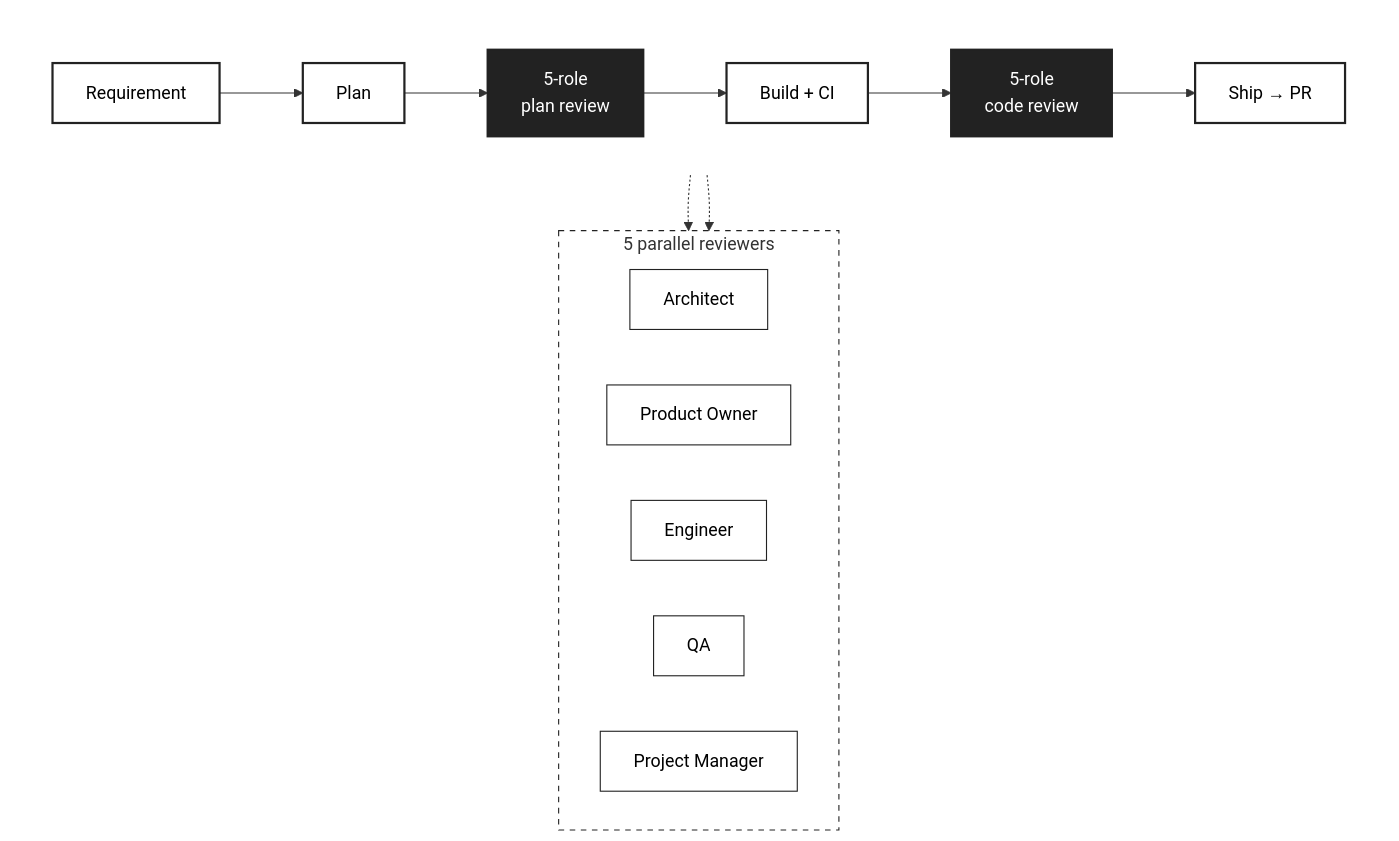
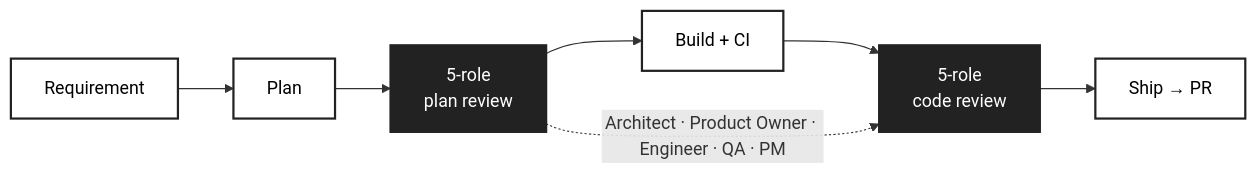
Before and after one commit to arthaszeng/harness-flow: the second of 3 diagrams in README.md, drawn with Mermaid. The commit also changed 1 other file, not shown here.

Commit message:
docs(readme): flatten flow diagram — remove subgraph nesting, use inline role labels (#93)
Replace tall TB+subgraph layout with pure LR flowchart. The 5 reviewer
roles are now shown as an inline label on the dotted arc between
plan-review and code-review, eliminating the separate reviewer subgraph
that doubled the diagram height.

Made-with: Cursor

````diff
--- a/README.md
+++ b/README.md
@@ -93,37 +93,17 @@
 ```mermaid
-flowchart TB
-  subgraph pipeline [" "]
-    direction LR
-    Req["Requirement"] --> Plan["Plan"]
-    Plan --> PlanReview["5-role\nplan review"]
-    PlanReview --> Build["Build + CI"]
-    Build --> CodeReview["5-role\ncode review"]
-    CodeReview --> Ship["Ship → PR"]
-  end
+flowchart LR
+  Req["Requirement"] --> Plan["Plan"]
+  Plan --> PlanReview["5-role\nplan review"]
+  PlanReview --> Build["Build + CI"]
+  Build --> CodeReview["5-role\ncode review"]
+  CodeReview --> Ship["Ship → PR"]
 
-  subgraph reviewers ["5 parallel reviewers"]
-    direction LR
-    A["Architect"]
-    PO["Product Owner"]
-    Eng["Engineer"]
-    Q["QA"]
-    PM["Project Manager"]
-  end
+  PlanReview -.->|"Architect · Product Owner · Engineer · QA · PM"| CodeReview
 
-  PlanReview -.-> reviewers
-  CodeReview -.-> reviewers
-
-  style pipeline fill:none,stroke:none
   style Req fill:#fff,stroke:#222,stroke-width:2px,color:#000
   style Plan fill:#fff,stroke:#222,stroke-width:2px,color:#000
   style PlanReview fill:#222,stroke:#222,stroke-width:2px,color:#fff
   style Build fill:#fff,stroke:#222,stroke-width:2px,color:#000
   style CodeReview fill:#222,stroke:#222,stroke-width:2px,color:#fff
   style Ship fill:#fff,stroke:#222,stroke-width:2px,color:#000
-  style reviewers fill:none,stroke:#222,stroke-width:1px,stroke-dasharray: 5 5
-  style A fill:#fff,stroke:#222,stroke-width:1px,color:#000
-  style PO fill:#fff,stroke:#222,stroke-width:1px,color:#000
-  style Eng fill:#fff,stroke:#222,stroke-width:1px,color:#000
-  style Q fill:#fff,stroke:#222,stroke-width:1px,color:#000
-  style PM fill:#fff,stroke:#222,stroke-width:1px,color:#000
 ```
````
